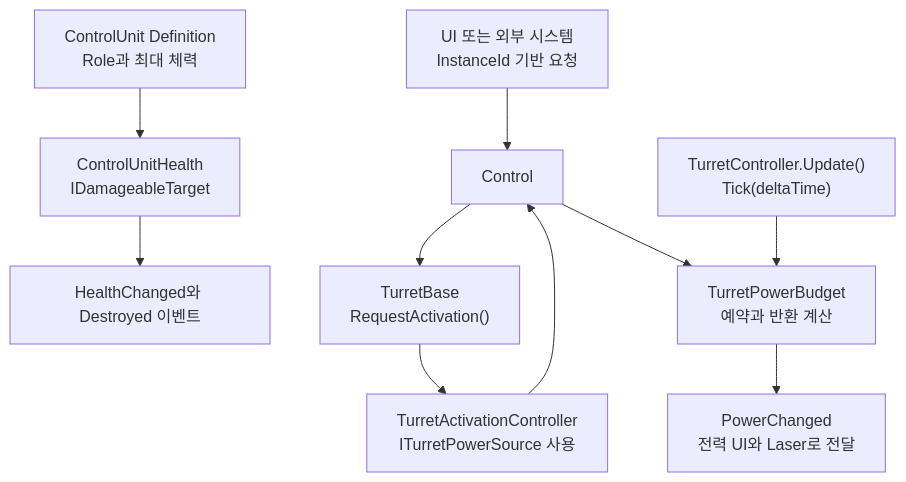
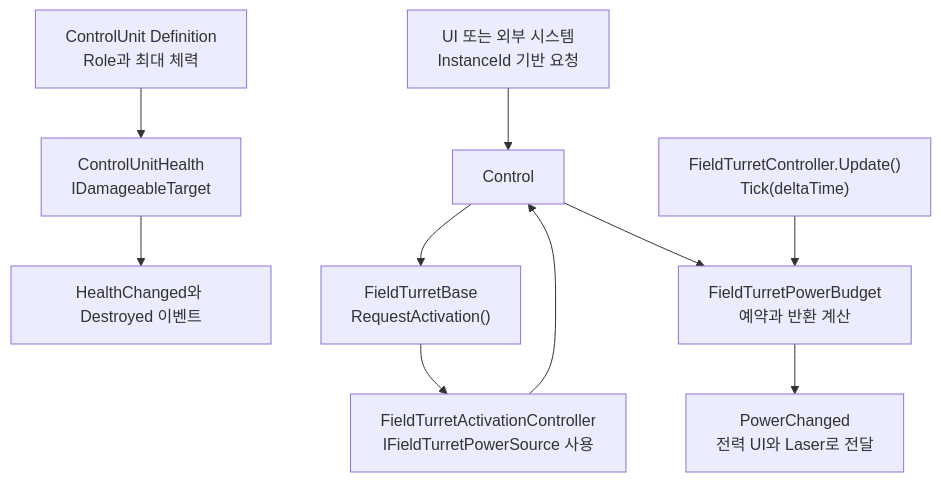
The first of 17 diagrams in Docs/architecture/turret-system-guide.md (Team-HJD-21/unity-6-the-developer), drawn with Mermaid before and after one commit. The commit also changed other lines of this file and 12 other files, not shown here.

Commit message:
docs(field-turret): update names and migration guide

````diff
--- a/Docs/architecture/turret-system-guide.md
+++ b/Docs/architecture/turret-system-guide.md
@@ -62,12 +64,12 @@
 ```mermaid
 flowchart TD
     Definition["ControlUnit Definition<br>Role과 최대 체력"] --> CU["ControlUnitHealth<br>IDamageableTarget"]
     CU --> HealthUI["HealthChanged와 Destroyed 이벤트"]
     Commands["UI 또는 외부 시스템<br>InstanceId 기반 요청"] --> Control
-    Control --> Base["TurretBase<br>RequestActivation()"]
-    Base --> Activation["TurretActivationController<br>ITurretPowerSource 사용"]
+    Control --> Base["FieldTurretBase<br>RequestActivation()"]
+    Base --> Activation["FieldTurretActivationController<br>IFieldTurretPowerSource 사용"]
     Activation --> Control
-    Control --> Budget["TurretPowerBudget<br>예약과 반환 계산"]
-    Tick["TurretController.Update()<br>Tick(deltaTime)"] --> Budget
+    Control --> Budget["FieldTurretPowerBudget<br>예약과 반환 계산"]
+    Tick["FieldTurretController.Update()<br>Tick(deltaTime)"] --> Budget
     Budget --> Events["PowerChanged<br>전력 UI와 Laser로 전달"]
 ```
````
